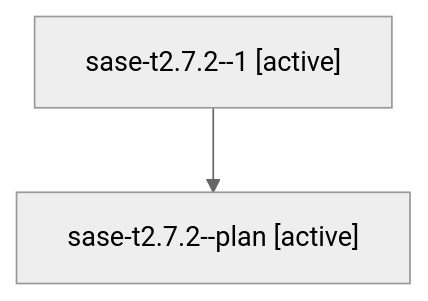
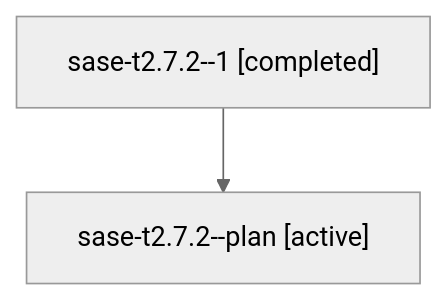
The diagram in families/bbugyi200.athena.sase-t2.7.2.md (sase-org/sase--agents), drawn with Mermaid (neutral theme) before and after one commit. The commit also changed other lines of this file and 35830 other files, not shown here.

````diff
--- a/families/bbugyi200.athena.sase-t2.7.2.md
+++ b/families/bbugyi200.athena.sase-t2.7.2.md
@@ -9,6 +9,6 @@
 ```mermaid
 flowchart TD
-  n0["sase-t2.7.2--1 [active]"]
+  n0["sase-t2.7.2--1 [completed]"]
   n1["sase-t2.7.2--plan [active]"]
   n0 --> n1
 ```
````
